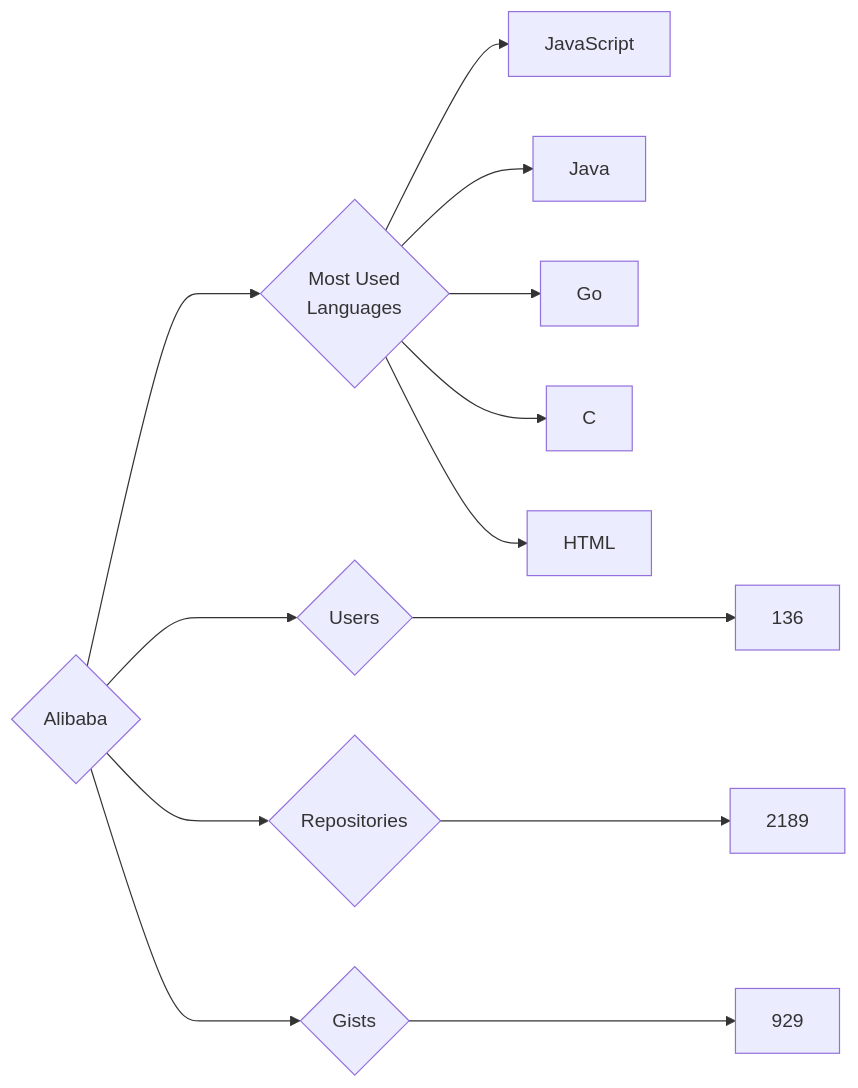
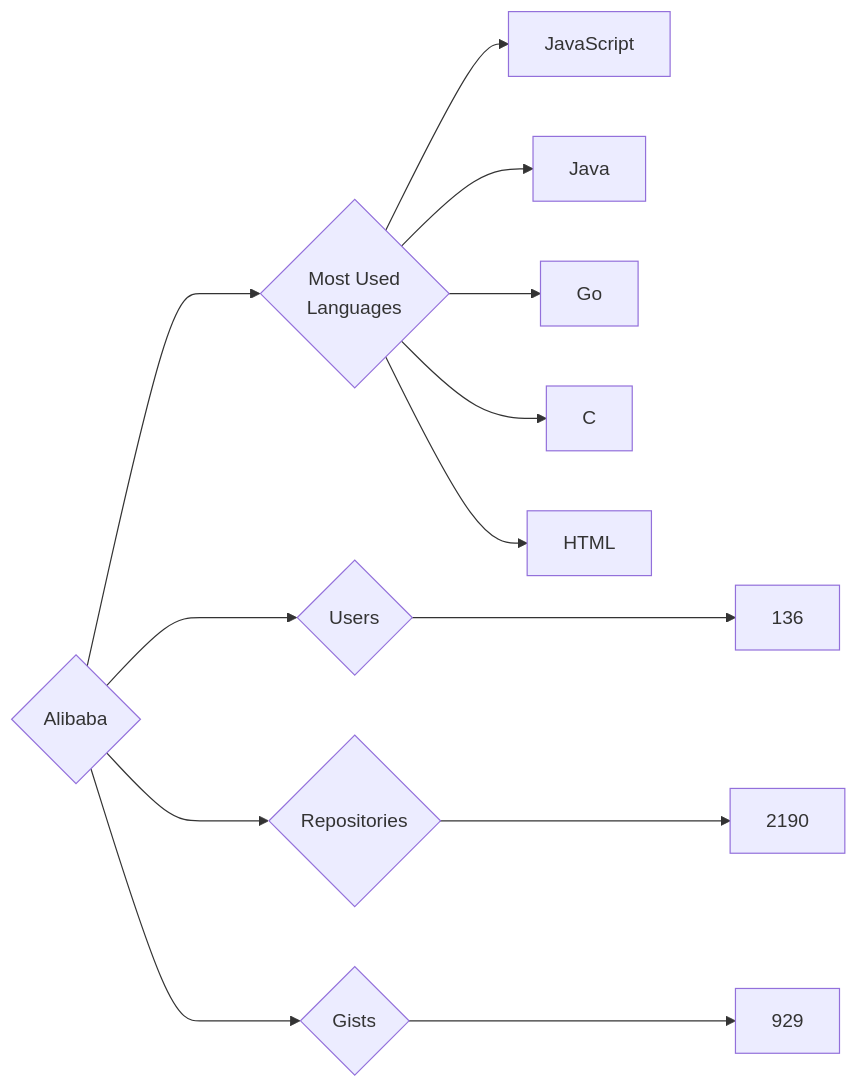
The diagram in targets/Alibaba/README.md (trickest/insiders), drawn with Mermaid before and after one commit. The commit also changed 569 other files, not shown here.

````diff
--- a/targets/Alibaba/README.md
+++ b/targets/Alibaba/README.md
@@ -3,13 +3,13 @@
 ```mermaid
 graph LR
 COMPANY_NAME{Alibaba}
 COMPANY_NAME ---> U{Users} ---> UN[136]
-COMPANY_NAME ---> R{Repositories} ---> RN[2189]
+COMPANY_NAME ---> R{Repositories} ---> RN[2190]
 COMPANY_NAME ---> G{Gists} ---> GN[929]
 COMPANY_NAME ---> ML{Most Used<br>Languages}
 ML --> JavaScript[JavaScript]
 ML --> Java[Java]
 ML --> Go[Go]
 ML --> C[C]
 ML --> HTML[HTML]
 ```
````
